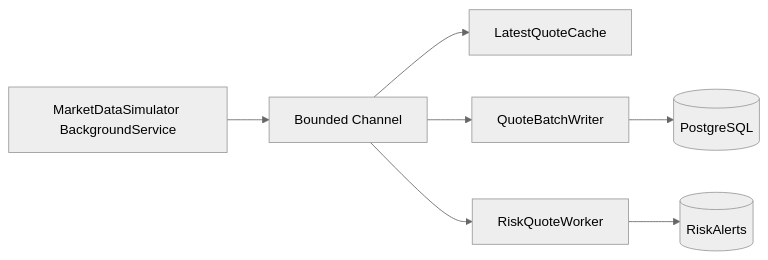
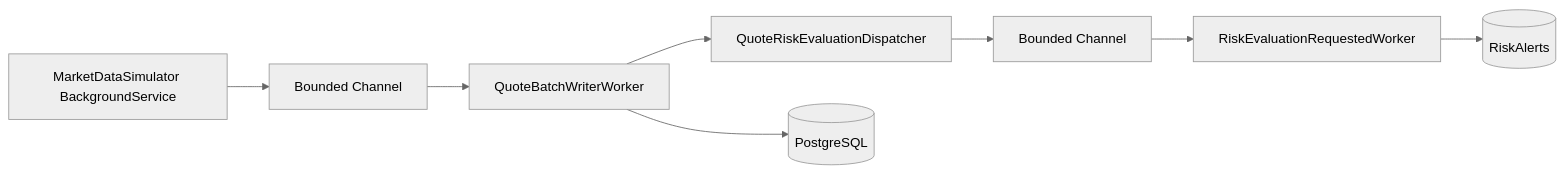
The third of 4 diagrams in ARCHITECTURE.md (i-nedbaylo/PulseRisk), drawn with Mermaid (neutral theme) before and after one commit. The commit also changed other lines of this file and 13 other files, not shown here.

Commit message:
Add quote-driven risk evaluation

````diff
--- a/ARCHITECTURE.md
+++ b/ARCHITECTURE.md
@@ -158,17 +158,19 @@
 ```mermaid
 flowchart LR
     Simulator["MarketDataSimulator BackgroundService"]
     QuoteChannel["Bounded Channel<QuoteTick>"]
-    Cache["LatestQuoteCache"]
-    BatchWriter["QuoteBatchWriter"]
-    RiskWorker["RiskQuoteWorker"]
+    BatchWriter["QuoteBatchWriterWorker"]
+    Dispatcher["QuoteRiskEvaluationDispatcher"]
+    RiskChannel["Bounded Channel<RiskEvaluationRequested>"]
+    RiskWorker["RiskEvaluationRequestedWorker"]
     Db[("PostgreSQL")]
     Alerts[("RiskAlerts")]
 
     Simulator --> QuoteChannel
-    QuoteChannel --> Cache
     QuoteChannel --> BatchWriter
-    QuoteChannel --> RiskWorker
     BatchWriter --> Db
+    BatchWriter --> Dispatcher
+    Dispatcher --> RiskChannel
+    RiskChannel --> RiskWorker
     RiskWorker --> Alerts
 ```
````
